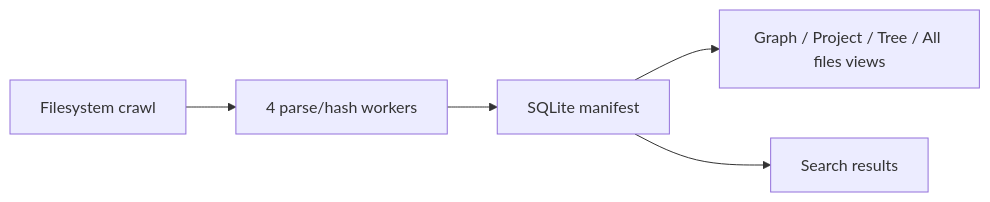
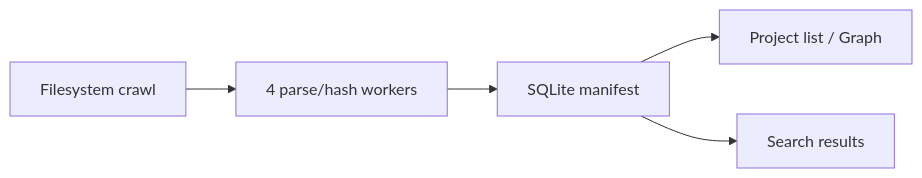
One commit to ryanallen/leaftext changed the second of 2 diagrams in docs/01-features/03-library.md. Above: the diagram before and after it, drawn with Mermaid. The commit also changed other lines of this file and 13 other files, not shown here.

Commit message:
Collapse the library to one file view with a breadcrumb path and move the graph behind an icon

````diff
--- a/docs/01-features/03-library.md
+++ b/docs/01-features/03-library.md
@@ -136,7 +121,7 @@
 ```mermaid
 flowchart LR
     A[Filesystem crawl] --> B[4 parse/hash workers]
     B --> C[SQLite manifest]
-    C --> D[Graph / Project / Tree / All files views]
+    C --> D[Project list / Graph]
     C --> E[Search results]
 ```
````
